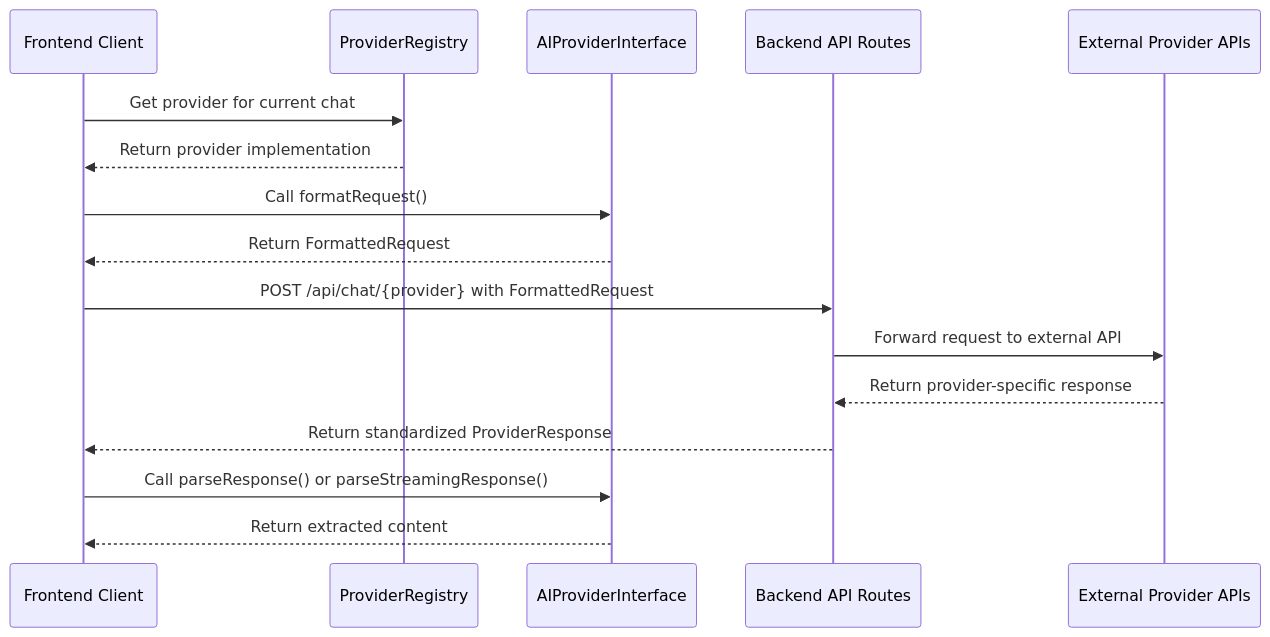
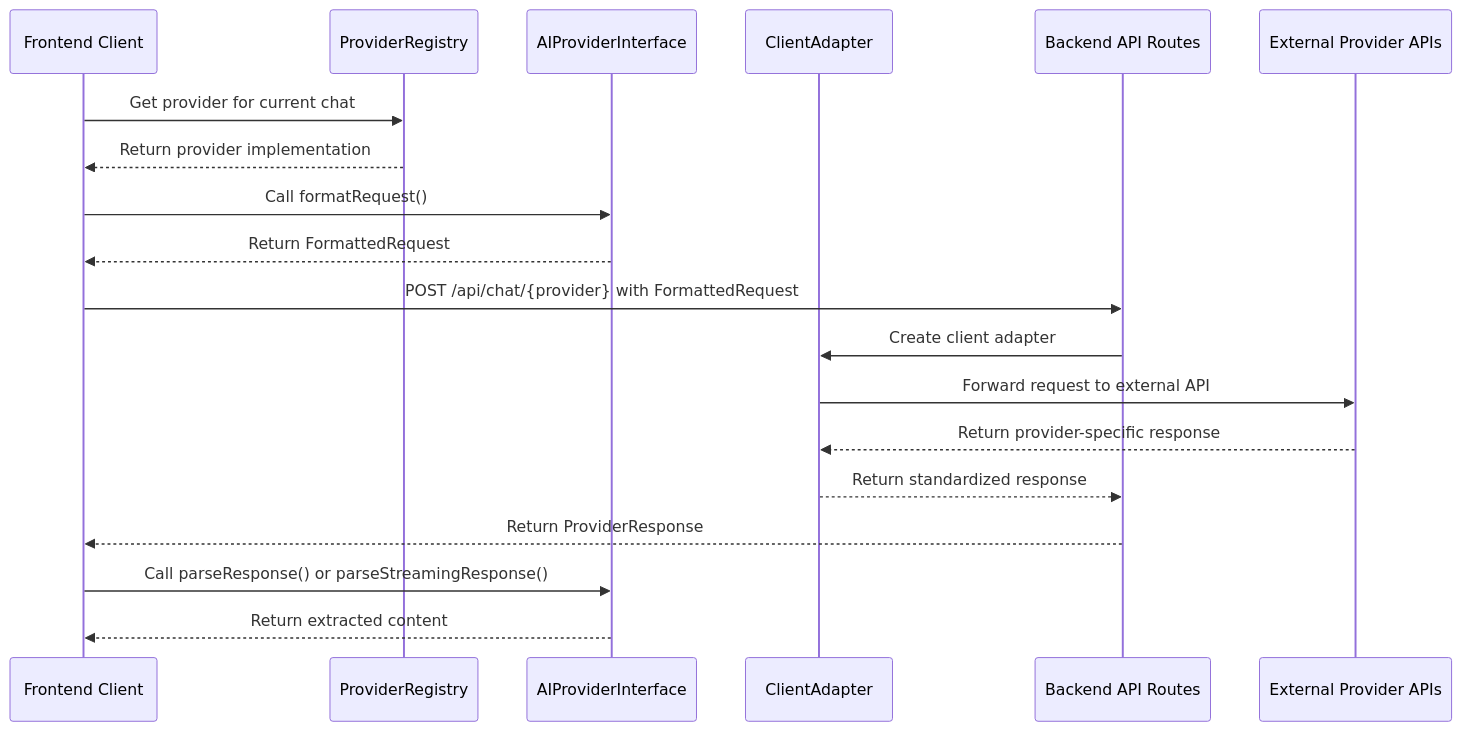
One commit to m1981/mychat changed the second of 3 diagrams in doc_interfaces.md. Above: the diagram before and after it, drawn with Mermaid. The commit also changed other lines of this file and 42 other files, not shown here.

````diff
--- a/doc_interfaces.md
+++ b/doc_interfaces.md
@@ -622,19 +649,22 @@
 ```mermaid
 sequenceDiagram
     participant FC as Frontend Client
     participant PR as ProviderRegistry
     participant API as AIProviderInterface
+    participant CA as ClientAdapter
     participant BE as Backend API Routes
     participant EP as External Provider APIs
     
     FC->>PR: Get provider for current chat
     PR-->>FC: Return provider implementation
     FC->>API: Call formatRequest()
     API-->>FC: Return FormattedRequest
     FC->>BE: POST /api/chat/{provider} with FormattedRequest
-    BE->>EP: Forward request to external API
-    EP-->>BE: Return provider-specific response
-    BE-->>FC: Return standardized ProviderResponse
+    BE->>CA: Create client adapter
+    CA->>EP: Forward request to external API
+    EP-->>CA: Return provider-specific response
+    CA-->>BE: Return standardized response
+    BE-->>FC: Return ProviderResponse
     FC->>API: Call parseResponse() or parseStreamingResponse()
     API-->>FC: Return extracted content
 ```
````
